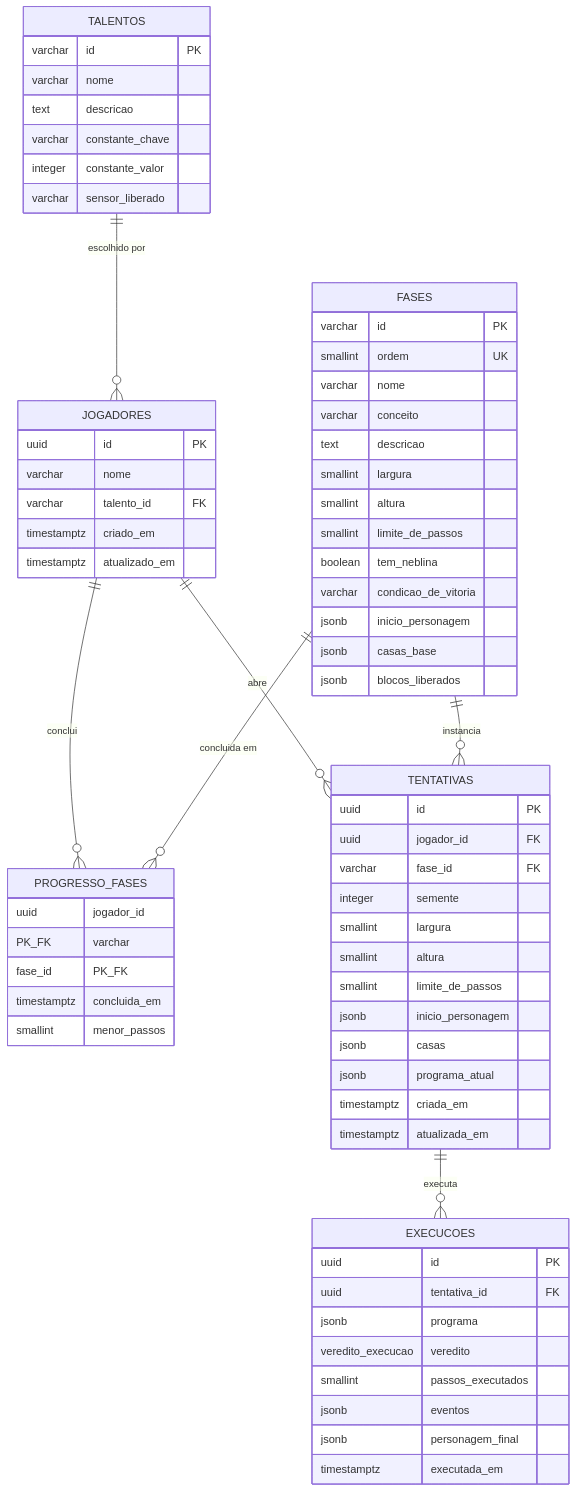
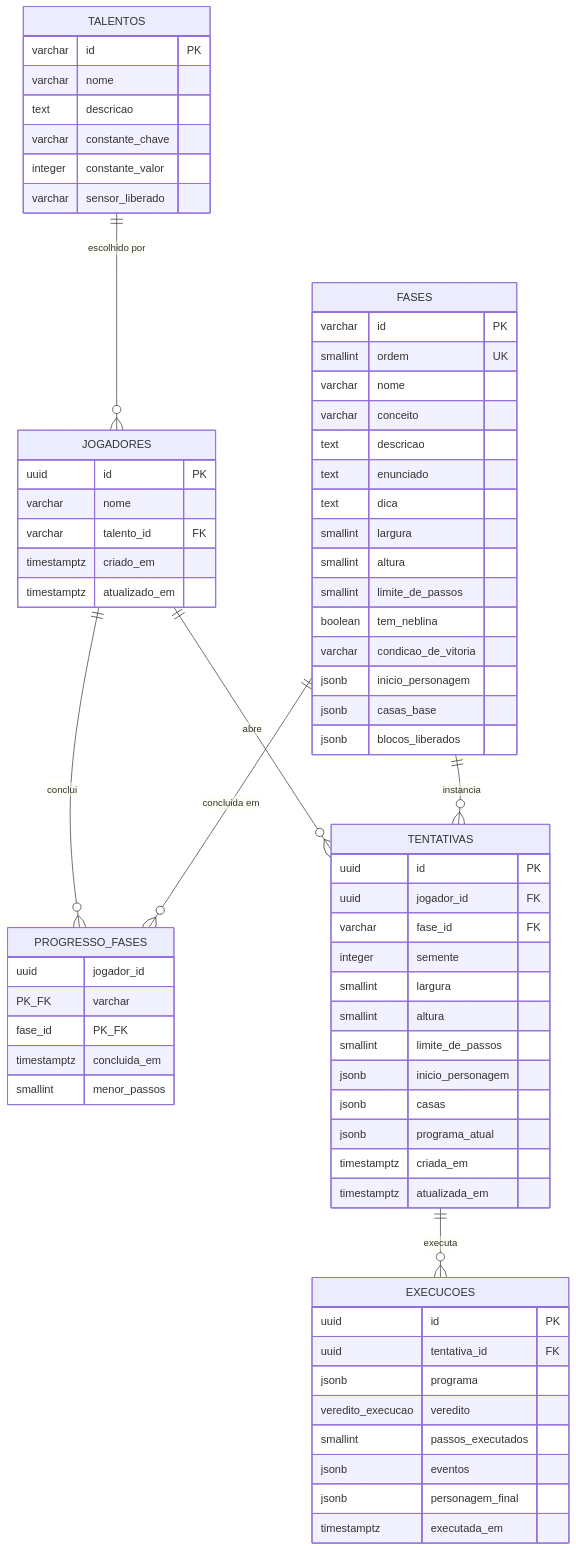
The diagram in docs/banco-de-dados.md (lluuiizz/Almanak), drawn with Mermaid before and after one commit. The commit also changed other lines of this file and 11 other files, not shown here.

````diff
--- a/docs/banco-de-dados.md
+++ b/docs/banco-de-dados.md
@@ -14,75 +14,77 @@
 ```mermaid
 erDiagram
     TALENTOS ||--o{ JOGADORES : "escolhido por"
     JOGADORES ||--o{ PROGRESSO_FASES : "conclui"
     FASES ||--o{ PROGRESSO_FASES : "concluida em"
     JOGADORES ||--o{ TENTATIVAS : "abre"
     FASES ||--o{ TENTATIVAS : "instancia"
     TENTATIVAS ||--o{ EXECUCOES : "executa"
 
     TALENTOS {
         varchar id PK
         varchar nome
         text descricao
         varchar constante_chave
         integer constante_valor
         varchar sensor_liberado
     }
 
     JOGADORES {
         uuid id PK
         varchar nome
         varchar talento_id FK
         timestamptz criado_em
         timestamptz atualizado_em
     }
 
     FASES {
         varchar id PK
         smallint ordem UK
         varchar nome
         varchar conceito
         text descricao
+        text enunciado
+        text dica
         smallint largura
         smallint altura
         smallint limite_de_passos
         boolean tem_neblina
         varchar condicao_de_vitoria
         jsonb inicio_personagem
         jsonb casas_base
         jsonb blocos_liberados
     }
 
     PROGRESSO_FASES {
         uuid jogador_id PK_FK
         varchar fase_id PK_FK
         timestamptz concluida_em
         smallint menor_passos
     }
 
     TENTATIVAS {
         uuid id PK
         uuid jogador_id FK
         varchar fase_id FK
         integer semente
         smallint largura
         smallint altura
         smallint limite_de_passos
         jsonb inicio_personagem
         jsonb casas
         jsonb programa_atual
         timestamptz criada_em
         timestamptz atualizada_em
     }
 
     EXECUCOES {
         uuid id PK
         uuid tentativa_id FK
         jsonb programa
         veredito_execucao veredito
         smallint passos_executados
         jsonb eventos
         jsonb personagem_final
         timestamptz executada_em
     }
 ```
````
